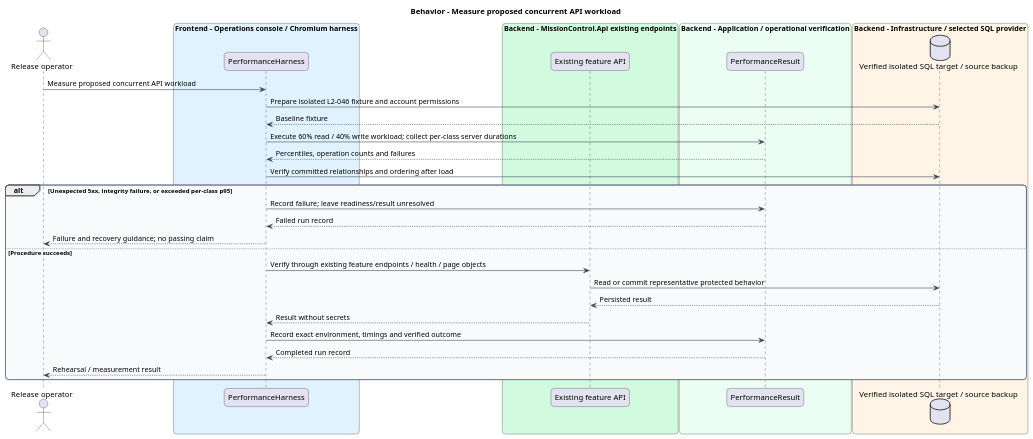
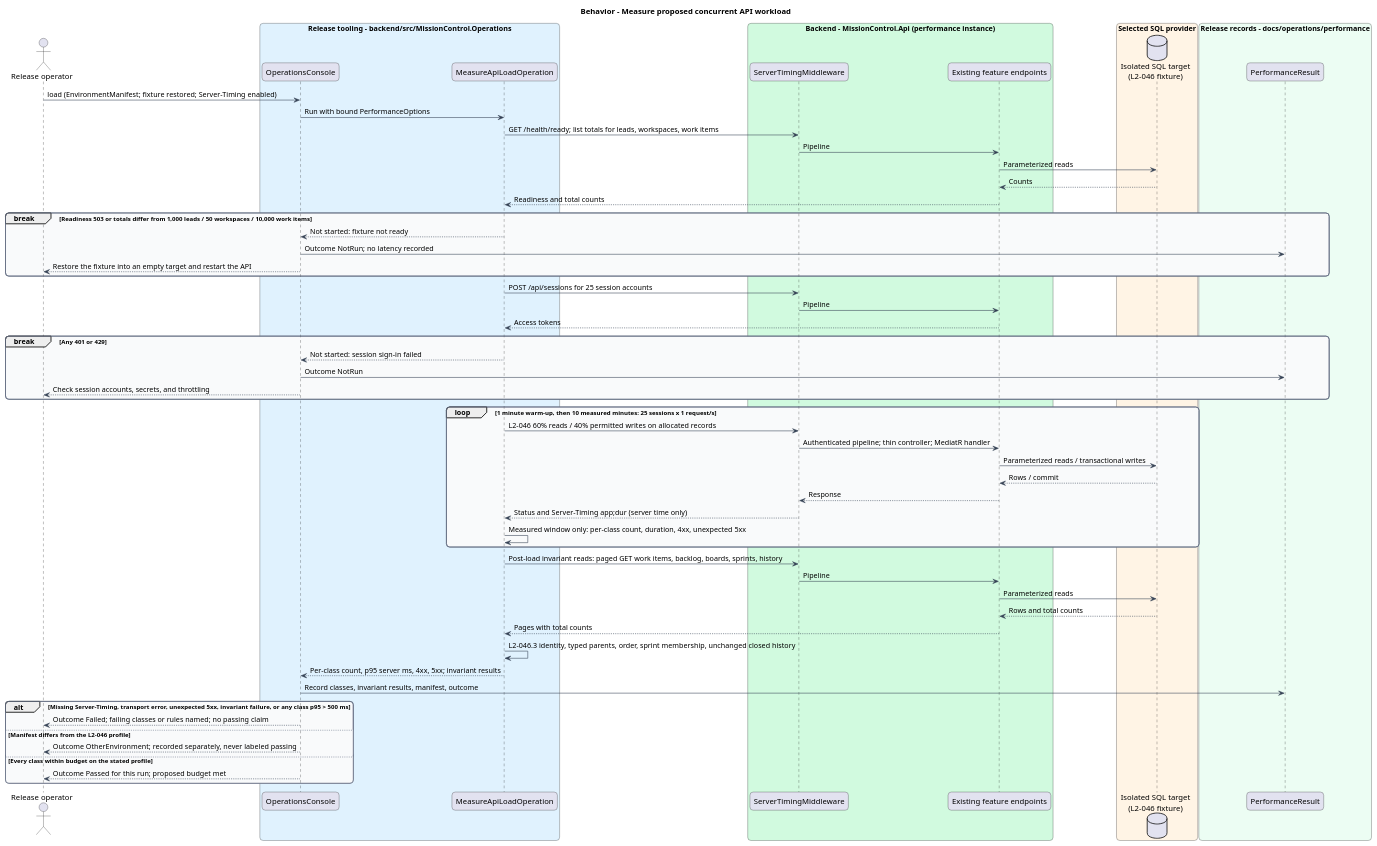
Before and after one commit to QuinntyneBrown/mission-control: the diagram in docs/detailed-designs/operations/measure-release-performance/diagrams/sequence-load.puml, drawn with PlantUML. The commit also changed 334 other files, not shown here.

```diff
--- a/docs/detailed-designs/operations/measure-release-performance/diagrams/sequence-load.puml
+++ b/docs/detailed-designs/operations/measure-release-performance/diagrams/sequence-load.puml
@@ -1,49 +1,76 @@
 @startuml
 skinparam backgroundColor #FFFFFF
 skinparam shadowing false
 skinparam roundcorner 12
 skinparam defaultFontName Arial
 skinparam ArrowColor #344054
 skinparam rectangle {
   BorderColor #344054
   FontColor #101828
 }
 skinparam package {
   BorderColor #667085
   FontColor #101828
   BackgroundColor #F9FAFB
 }
 title Behavior - Measure proposed concurrent API workload
 actor "Release operator" as actor
-box "Frontend - Operations console / Chromium harness" #E0F2FE
-  participant "PerformanceHarness" as handler
+box "Release tooling - backend/src/MissionControl.Operations" #E0F2FE
+  participant "OperationsConsole" as console
+  participant "MeasureApiLoadOperation" as load
 end box
-box "Backend - MissionControl.Api existing endpoints" #D1FADF
-  participant "Existing feature API" as api
+box "Backend - MissionControl.Api (performance instance)" #D1FADF
+  participant "ServerTimingMiddleware" as timing
+  participant "Existing feature endpoints" as api
 end box
-box "Backend - Application / operational verification" #ECFDF3
-  participant "PerformanceResult" as entity
+box "Selected SQL provider" #FFF4E5
+  database "Isolated SQL target\n(L2-046 fixture)" as db
 end box
-box "Backend - Infrastructure / selected SQL provider" #FFF4E5
-  database "Verified isolated SQL target / source backup" as db
+box "Release records - docs/operations/performance" #ECFDF3
+  participant "PerformanceResult" as result
 end box
-actor -> handler : Measure proposed concurrent API workload
-  handler -> db : Prepare isolated L2-046 fixture and account permissions
-  db --> handler : Baseline fixture
-  handler -> entity : Execute 60% read / 40% write workload; collect per-class server durations
-  entity --> handler : Percentiles, operation counts and failures
-  handler -> db : Verify committed relationships and ordering after load
-alt Unexpected 5xx, integrity failure, or exceeded per-class p95
-  handler -> entity : Record failure; leave readiness/result unresolved
-  entity --> handler : Failed run record
-  handler --> actor : Failure and recovery guidance; no passing claim
-else Procedure succeeds
-  handler -> api : Verify through existing feature endpoints / health / page objects
-  api -> db : Read or commit representative protected behavior
-  db --> api : Persisted result
-  api --> handler : Result without secrets
-  handler -> entity : Record exact environment, timings and verified outcome
-  entity --> handler : Completed run record
-  handler --> actor : Rehearsal / measurement result
+actor -> console : load (EnvironmentManifest; fixture restored; Server-Timing enabled)
+console -> load : Run with bound PerformanceOptions
+load -> timing : GET /health/ready; list totals for leads, workspaces, work items
+timing -> api : Pipeline
+api -> db : Parameterized reads
+db --> api : Counts
+api --> load : Readiness and total counts
+break Readiness 503 or totals differ from 1,000 leads / 50 workspaces / 10,000 work items
+  load --> console : Not started: fixture not ready
+  console -> result : Outcome NotRun; no latency recorded
+  console --> actor : Restore the fixture into an empty target and restart the API
+end
+load -> timing : POST /api/sessions for 25 session accounts
+timing -> api : Pipeline
+api --> load : Access tokens
+break Any 401 or 429
+  load --> console : Not started: session sign-in failed
+  console -> result : Outcome NotRun
+  console --> actor : Check session accounts, secrets, and throttling
+end
+loop 1 minute warm-up, then 10 measured minutes: 25 sessions x 1 request/s
+  load -> timing : L2-046 60% reads / 40% permitted writes on allocated records
+  timing -> api : Authenticated pipeline; thin controller; MediatR handler
+  api -> db : Parameterized reads / transactional writes
+  db --> api : Rows / commit
+  api --> timing : Response
+  timing --> load : Status and Server-Timing app;dur (server time only)
+  load -> load : Measured window only: per-class count, duration, 4xx, unexpected 5xx
+end
+load -> timing : Post-load invariant reads: paged GET work items, backlog, boards, sprints, history
+timing -> api : Pipeline
+api -> db : Parameterized reads
+db --> api : Rows and total counts
+api --> load : Pages with total counts
+load -> load : L2-046.3 identity, typed parents, order, sprint membership, unchanged closed history
+load --> console : Per-class count, p95 server ms, 4xx, 5xx; invariant results
+console -> result : Record classes, invariant results, manifest, outcome
+alt Missing Server-Timing, transport error, unexpected 5xx, invariant failure, or any class p95 > 500 ms
+  console --> actor : Outcome Failed; failing classes or rules named; no passing claim
+else Manifest differs from the L2-046 profile
+  console --> actor : Outcome OtherEnvironment; recorded separately, never labeled passing
+else Every class within budget on the stated profile
+  console --> actor : Outcome Passed for this run; proposed budget met
 end
 @enduml
```
